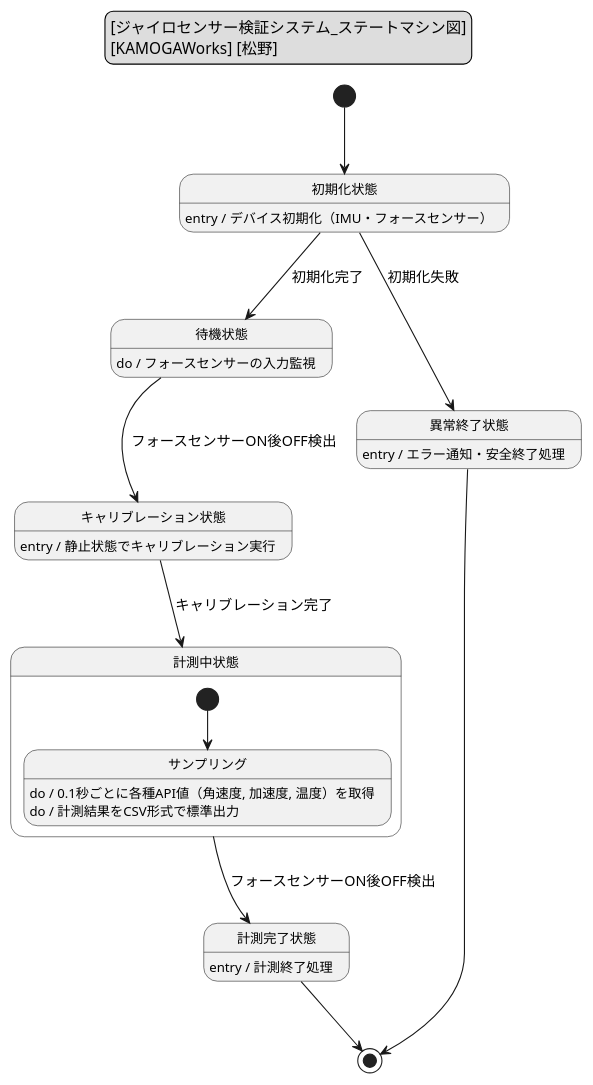
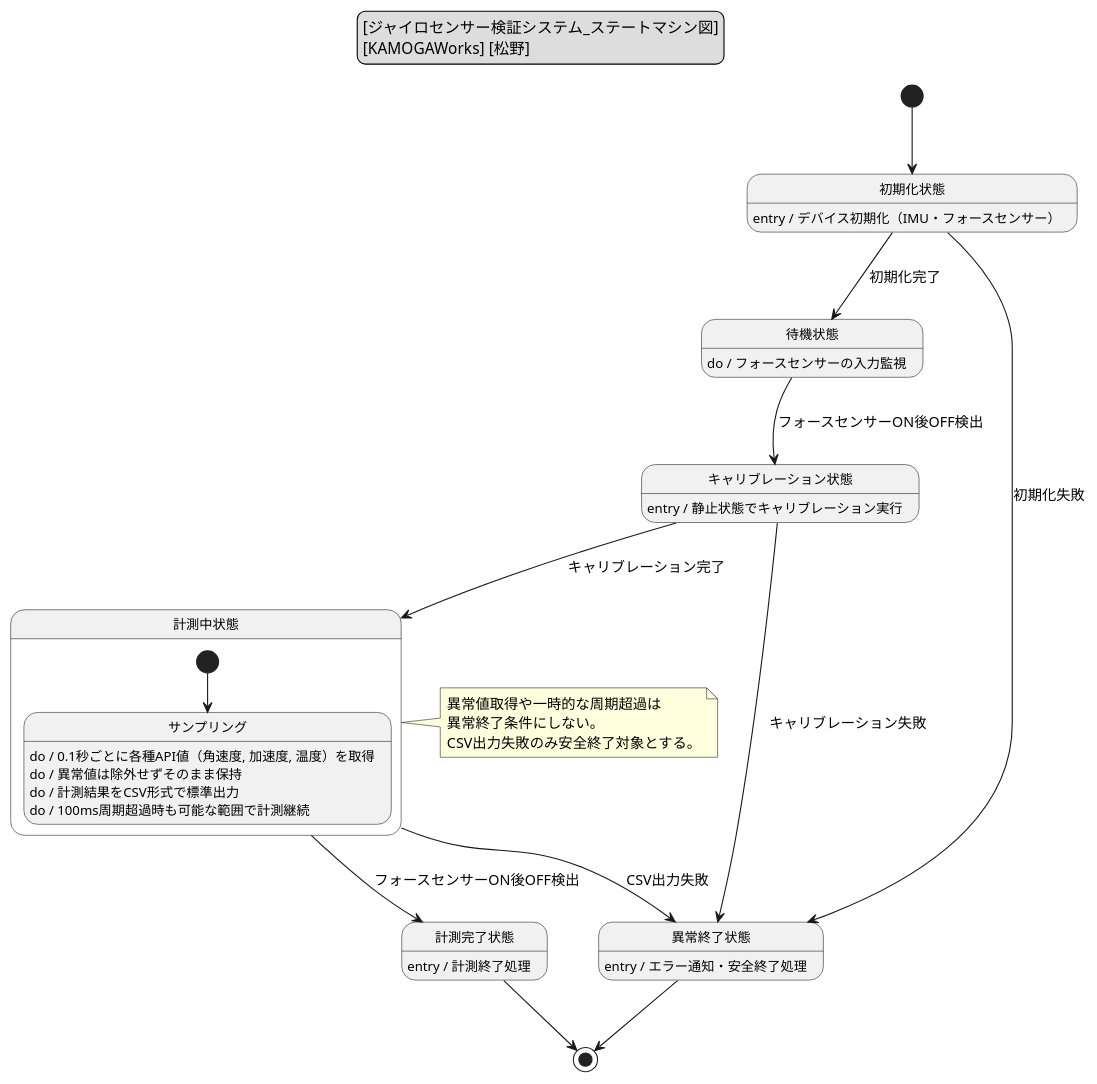
The diagram in UML/ジャイロセンサー検証システム_ステートマシン図.puml (Matsuno0412/Gyro-sensor-System), drawn with PlantUML before and after one commit. The commit also changed other lines of this file and 4 other files, not shown here.

```diff
--- a/UML/ジャイロセンサー検証システム_ステートマシン図.puml
+++ b/UML/ジャイロセンサー検証システム_ステートマシン図.puml
@@ -1,52 +1,62 @@
 @startuml ジャイロセンサー検証システム_ステートマシン図
 
 skinparam ActivityDiamondFontSize 12
 skinparam ActivityFontSize 12
 skinparam StateFontSize 12
 
 legend top
 [ジャイロセンサー検証システム_ステートマシン図]
 [KAMOGAWorks] [松野]
 endlegend
 
 [*] --> 初期化状態
 
 state 初期化状態
 初期化状態 : entry / デバイス初期化（IMU・フォースセンサー）
 
 初期化状態 --> 待機状態 : 初期化完了
 初期化状態 --> 異常終了状態 : 初期化失敗
 
 state 待機状態
 待機状態 : do / フォースセンサーの入力監視
 
 待機状態 --> キャリブレーション状態 : フォースセンサーON後OFF検出
 
 state キャリブレーション状態
 キャリブレーション状態 : entry / 静止状態でキャリブレーション実行
 
 キャリブレーション状態 --> 計測中状態 : キャリブレーション完了
+キャリブレーション状態 --> 異常終了状態 : キャリブレーション失敗
 
 state 計測中状態 {
 
     [*] --> サンプリング
 
     state サンプリング
     サンプリング : do / 0.1秒ごとに各種API値（角速度, 加速度, 温度）を取得
+    サンプリング : do / 異常値は除外せずそのまま保持
     サンプリング : do / 計測結果をCSV形式で標準出力
+    サンプリング : do / 100ms周期超過時も可能な範囲で計測継続
 
 }
 
 計測中状態 --> 計測完了状態 : フォースセンサーON後OFF検出
+計測中状態 --> 異常終了状態 : CSV出力失敗
+
+note right of 計測中状態
+  異常値取得や一時的な周期超過は
+  異常終了条件にしない。
+  CSV出力失敗のみ安全終了対象とする。
+end note
 
 state 計測完了状態
 計測完了状態 : entry / 計測終了処理
 
 計測完了状態 --> [*]
 
 state 異常終了状態
 異常終了状態 : entry / エラー通知・安全終了処理
 
 異常終了状態 --> [*]
 
 @enduml
```
